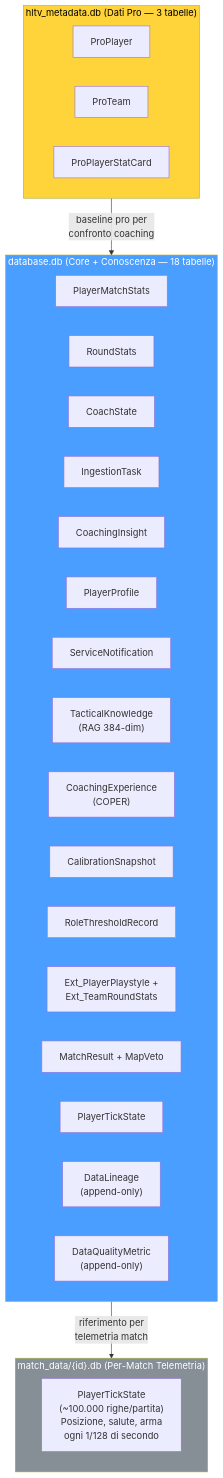
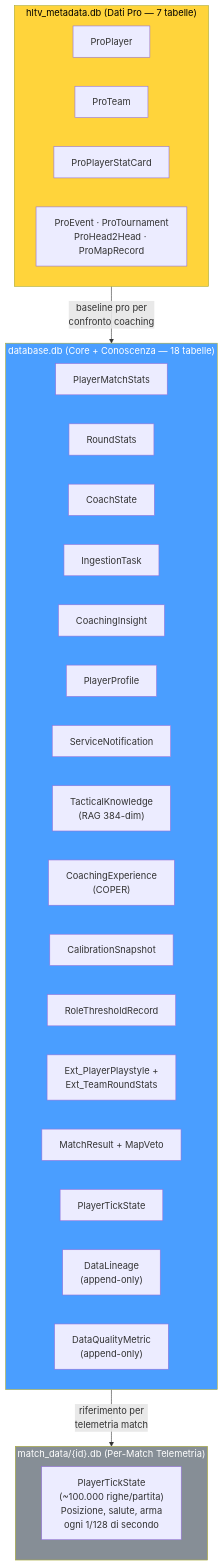
Before and after one commit to renanaugustomacena-ux/Counter-Strike-coach-AI: the first of 52 diagrams in docs/books/Book-Coach-3.md, drawn with Mermaid. The commit also changed other lines of this file and 4 other files, not shown here.

````diff
--- a/docs/books/Book-Coach-3.md
+++ b/docs/books/Book-Coach-3.md
@@ -65,34 +65,35 @@
 ```mermaid
 flowchart TB
     subgraph DB1["database.db (Core + Conoscenza — 18 tabelle)"]
         PMS_DB["PlayerMatchStats"]
         RS_DB["RoundStats"]
         CS_DB["CoachState"]
         IT_DB["IngestionTask"]
         CI_DB["CoachingInsight"]
         PP_DB["PlayerProfile"]
         SN_DB["ServiceNotification"]
         TK_DB["TacticalKnowledge<br/>(RAG 384-dim)"]
         CE_DB["CoachingExperience<br/>(COPER)"]
         CALIB["CalibrationSnapshot"]
         ROLE_TH["RoleThresholdRecord"]
         EXT_DB["Ext_PlayerPlaystyle +<br/>Ext_TeamRoundStats"]
         MATCH_DB["MatchResult + MapVeto"]
         PTS_DB["PlayerTickState"]
         DL_DB["DataLineage<br/>(append-only)"]
         DQM_DB["DataQualityMetric<br/>(append-only)"]
     end
-    subgraph DB2["hltv_metadata.db (Dati Pro — 3 tabelle)"]
+    subgraph DB2["hltv_metadata.db (Dati Pro — 7 tabelle)"]
         PRO_DB["ProPlayer"]
         TEAM_DB["ProTeam"]
         STAT_DB["ProPlayerStatCard"]
+        EXT_HLTV["ProEvent · ProTournament<br/>ProHead2Head · ProMapRecord"]
     end
     subgraph DB3["match_data/{id}.db (Per-Match Telemetria)"]
         PTS_MATCH["PlayerTickState<br/>(~100.000 righe/partita)<br/>Posizione, salute, arma<br/>ogni 1/128 di secondo"]
     end
     DB2 -->|"baseline pro per<br/>confronto coaching"| DB1
     DB1 -->|"riferimento per<br/>telemetria match"| DB3
     style DB1 fill:#4a9eff,color:#fff
     style DB2 fill:#ffd43b,color:#000
     style DB3 fill:#868e96,color:#fff
 ```
````
